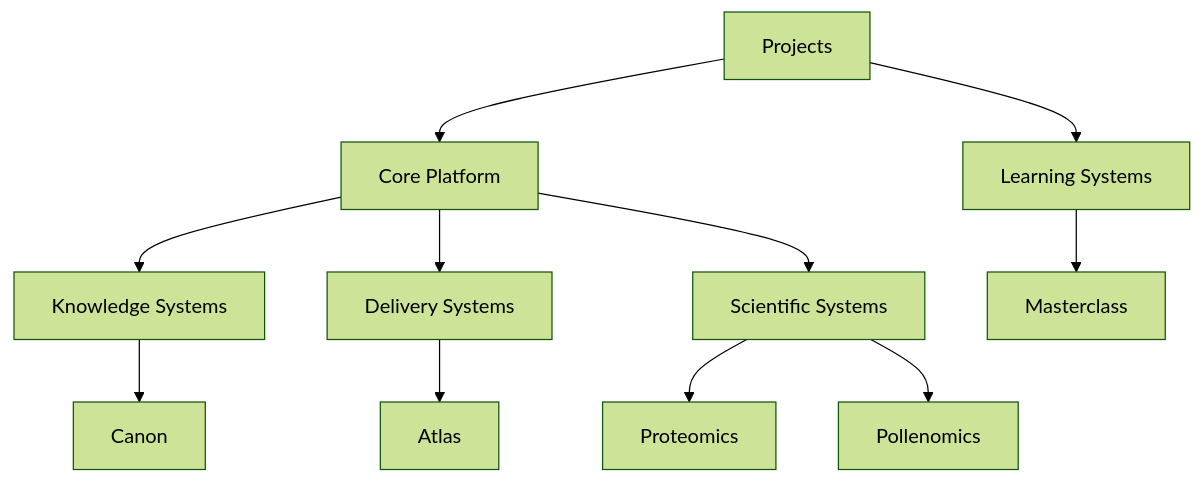
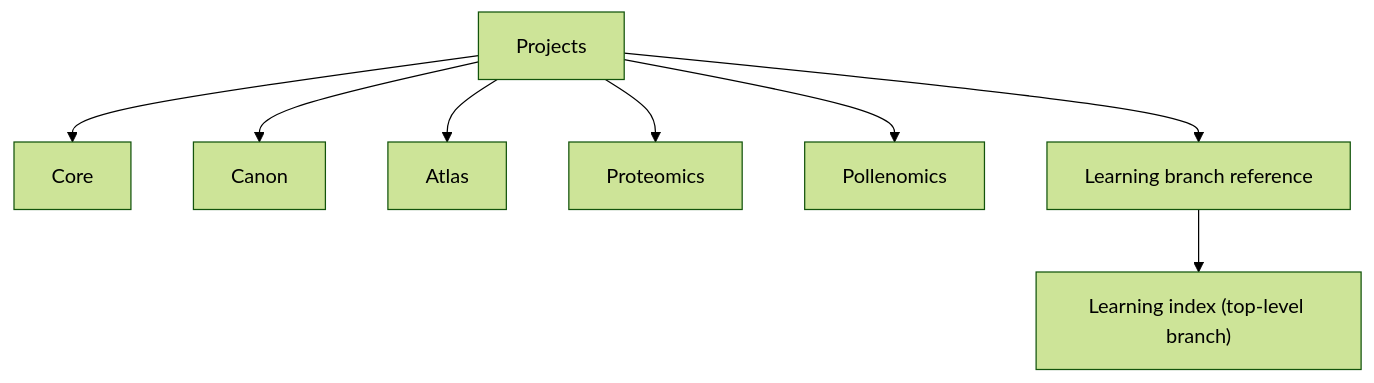
One commit to bijux/bijux.github.io changed the diagram in docs/projects/index.md. Above: the diagram before and after it, drawn with Mermaid (forest theme). The commit also changed other lines of this file, not shown here.

Commit message:
docs(projects): align taxonomy with top-level information architecture

````diff
--- a/docs/projects/index.md
+++ b/docs/projects/index.md
@@ -21,14 +21,11 @@
 ```mermaid
 graph TD
-    projects["Projects"] --> core_platform["Core Platform"]
-    projects --> learning_systems["Learning Systems"]
-    core_platform --> knowledge_systems["Knowledge Systems"]
-    core_platform --> delivery_systems["Delivery Systems"]
-    core_platform --> scientific_systems["Scientific Systems"]
+    projects["Projects"] --> core["Core"]
+    projects --> canon["Canon"]
+    projects --> atlas["Atlas"]
+    projects --> proteomics["Proteomics"]
+    projects --> pollenomics["Pollenomics"]
+    projects --> learning["Learning branch reference"]
 
-    knowledge_systems --> canon["Canon"]
-    delivery_systems --> atlas["Atlas"]
-    scientific_systems --> proteomics["Proteomics"]
-    scientific_systems --> pollenomics["Pollenomics"]
-    learning_systems --> masterclass["Masterclass"]
+    learning --> learning_index["Learning index (top-level branch)"]
 ```
````
